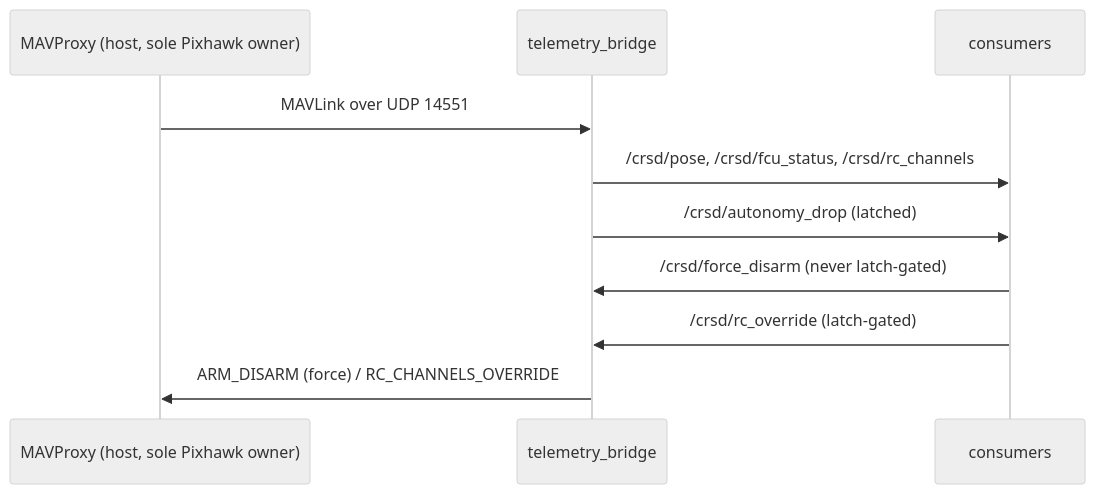
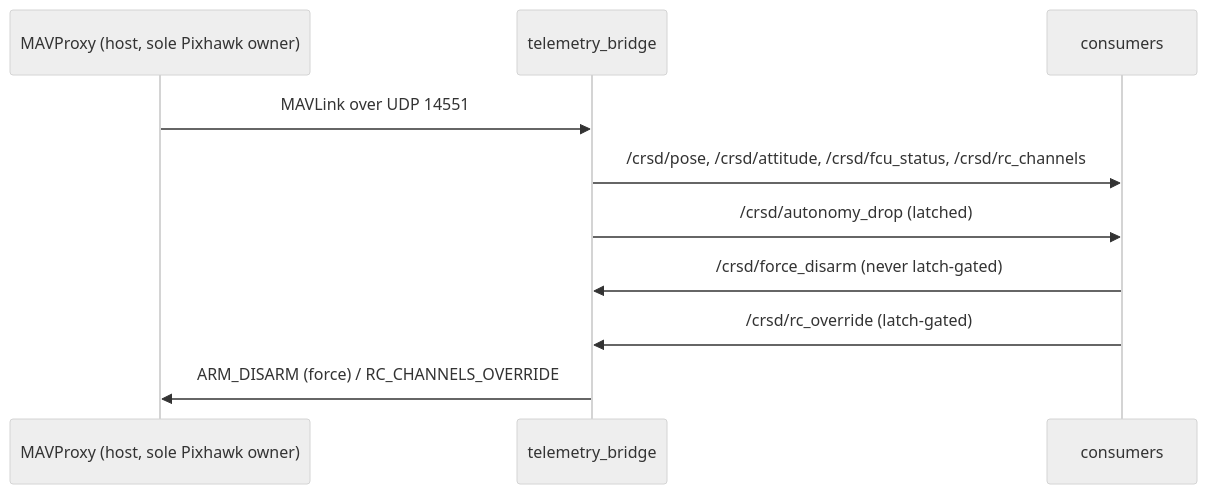
One commit to InspirationRobotics/rx26_asv changed the diagram in crusader_fcu/README.md. Above: the diagram before and after it, drawn with Mermaid (neutral theme). The commit also changed other lines of this file and 6 other files, not shown here.

````diff
--- a/crusader_fcu/README.md
+++ b/crusader_fcu/README.md
@@ -11,12 +11,12 @@
 ```mermaid
 sequenceDiagram
     participant MP as MAVProxy (host, sole Pixhawk owner)
     participant TB as telemetry_bridge
     participant C as consumers
     MP->>TB: MAVLink over UDP 14551
-    TB->>C: /crsd/pose, /crsd/fcu_status, /crsd/rc_channels
+    TB->>C: /crsd/pose, /crsd/attitude, /crsd/fcu_status, /crsd/rc_channels
     TB->>C: /crsd/autonomy_drop (latched)
     C->>TB: /crsd/force_disarm (never latch-gated)
     C->>TB: /crsd/rc_override (latch-gated)
     TB->>MP: ARM_DISARM (force) / RC_CHANNELS_OVERRIDE
 ```
````
